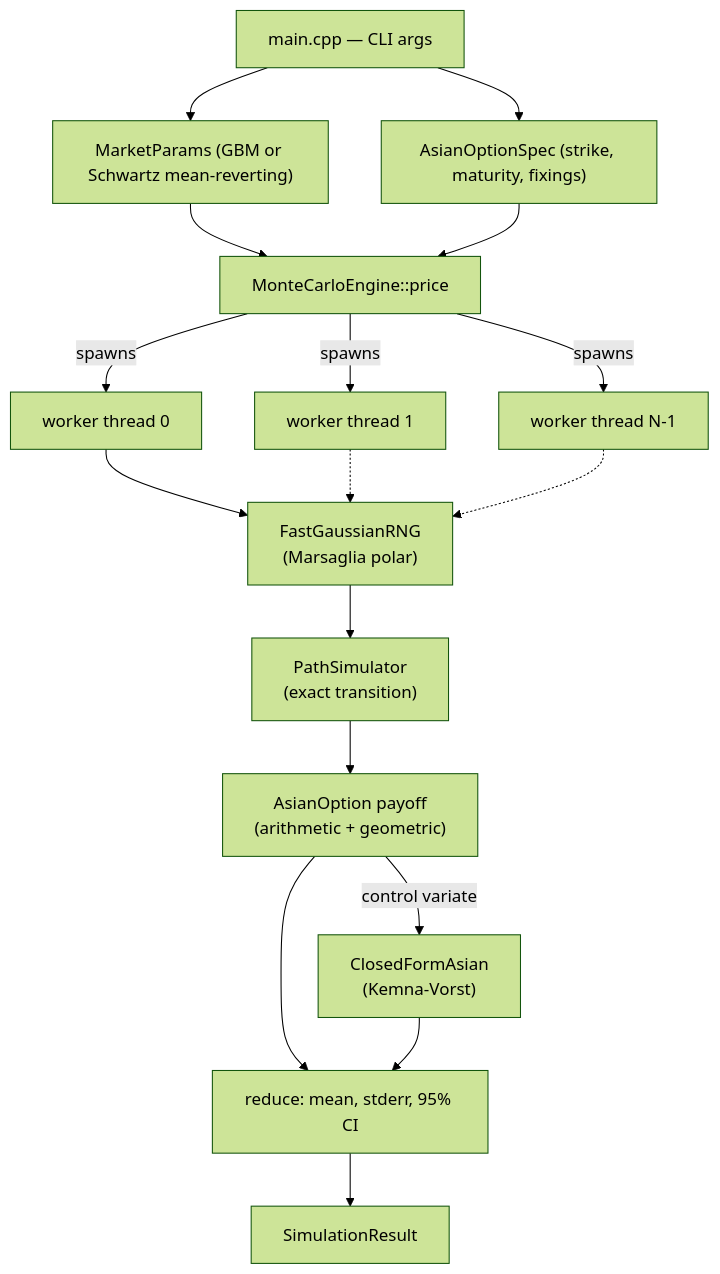
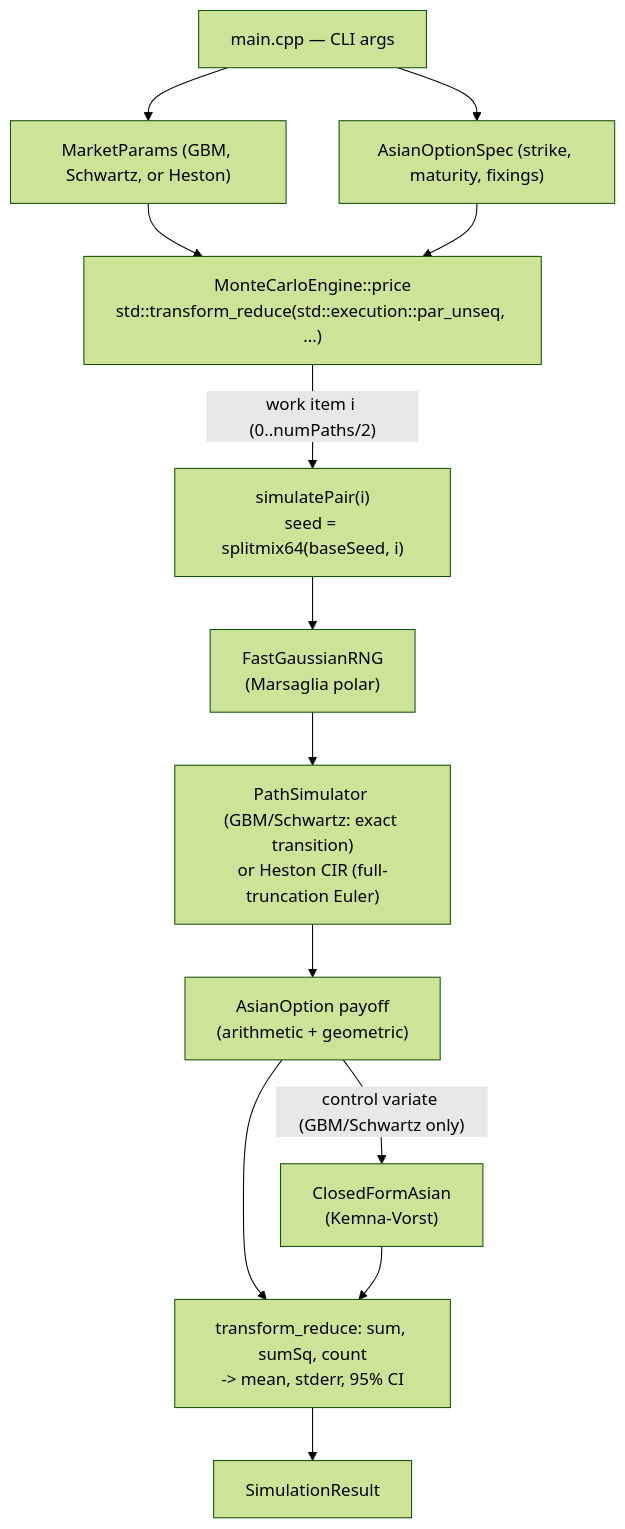
Before and after one commit to Rxyxs/copper-options-montecarlo-cpp: the diagram in README.md, drawn with Mermaid (forest theme). The commit also changed other lines of this file and 8 other files, not shown here.

Commit message:
feat: parallelize Monte Carlo with C++20 std::execution::par_unseq and add Heston stochastic volatility

````diff
--- a/README.md
+++ b/README.md
@@ -43,19 +47,15 @@
 ```mermaid
 flowchart TD
-    CLI["main.cpp — CLI args"] --> MP["MarketParams (GBM or Schwartz mean-reverting)"]
+    CLI["main.cpp — CLI args"] --> MP["MarketParams (GBM, Schwartz, or Heston)"]
     CLI --> SPEC["AsianOptionSpec (strike, maturity, fixings)"]
     MP --> ENGINE
-    SPEC --> ENGINE["MonteCarloEngine::price"]
-    ENGINE -->|spawns| T1["worker thread 0"]
-    ENGINE -->|spawns| T2["worker thread 1"]
-    ENGINE -->|spawns| TN["worker thread N-1"]
-    T1 --> RNG1["FastGaussianRNG\n(Marsaglia polar)"]
-    RNG1 --> PATH1["PathSimulator\n(exact transition)"]
+    SPEC --> ENGINE["MonteCarloEngine::price\nstd::transform_reduce(std::execution::par_unseq, ...)"]
+    ENGINE -->|"work item i (0..numPaths/2)"| W1["simulatePair(i)\nseed = splitmix64(baseSeed, i)"]
+    W1 --> RNG1["FastGaussianRNG\n(Marsaglia polar)"]
+    RNG1 --> PATH1["PathSimulator (GBM/Schwartz: exact transition)\nor Heston CIR (full-truncation Euler)"]
     PATH1 --> PAY1["AsianOption payoff\n(arithmetic + geometric)"]
-    PAY1 -->|control variate| CF["ClosedFormAsian\n(Kemna-Vorst)"]
-    T2 -.-> RNG1
-    TN -.-> RNG1
-    PAY1 --> AGG["reduce: mean, stderr, 95% CI"]
+    PAY1 -->|"control variate (GBM/Schwartz only)"| CF["ClosedFormAsian\n(Kemna-Vorst)"]
+    PAY1 --> AGG["transform_reduce: sum, sumSq, count\n-> mean, stderr, 95% CI"]
     CF --> AGG
     AGG --> RESULT["SimulationResult"]
 ```
````
